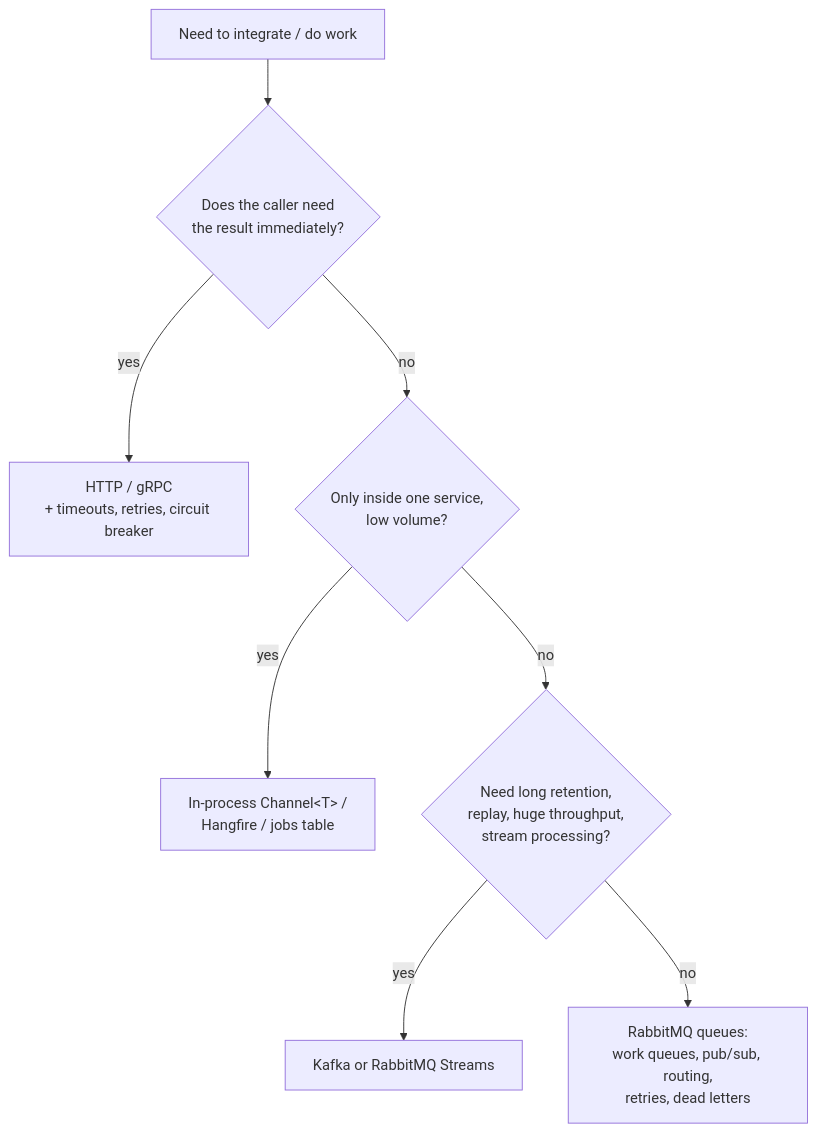
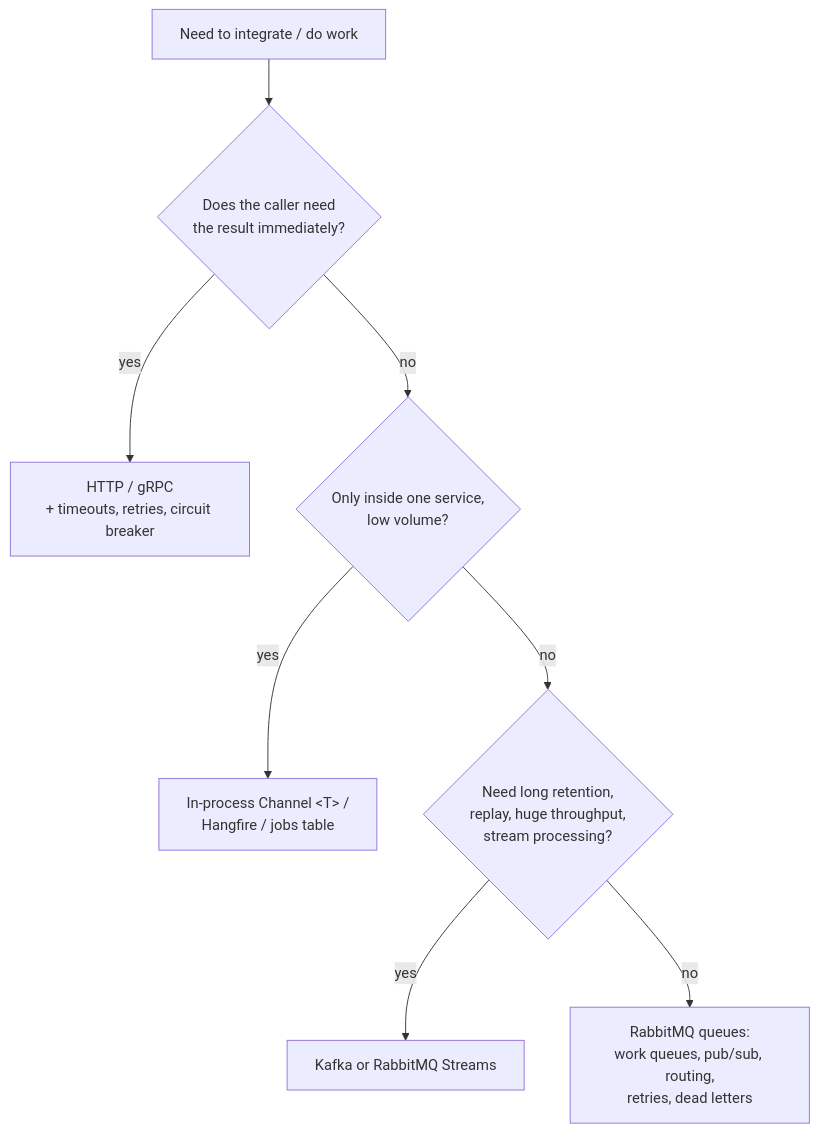
Before and after one commit to ahmedramzyelsheikh/RabbitMQ: the fourth of 4 diagrams in docs/01-why-messaging.md, drawn with Mermaid. The commit also changed 15 other files, not shown here.

Commit message:
Add a README per sample with diagrams, run commands and takeaways

````diff
--- a/docs/01-why-messaging.md
+++ b/docs/01-why-messaging.md
@@ -168,10 +168,10 @@
 ```mermaid
 flowchart TD
     A[Need to integrate / do work] --> B{Does the caller need<br/>the result immediately?}
     B -- yes --> HTTP[HTTP / gRPC<br/>+ timeouts, retries, circuit breaker]
     B -- no --> C{Only inside one service,<br/>low volume?}
-    C -- yes --> L[In-process Channel&lt;T&gt; /<br/>Hangfire / jobs table]
+    C -- yes --> L[In-process Channel #lt;T#gt; /<br/>Hangfire / jobs table]
     C -- no --> D{Need long retention,<br/>replay, huge throughput,<br/>stream processing?}
     D -- yes --> K[Kafka or RabbitMQ Streams]
     D -- no --> R[RabbitMQ queues:<br/>work queues, pub/sub, routing,<br/>retries, dead letters]
 ```
````
